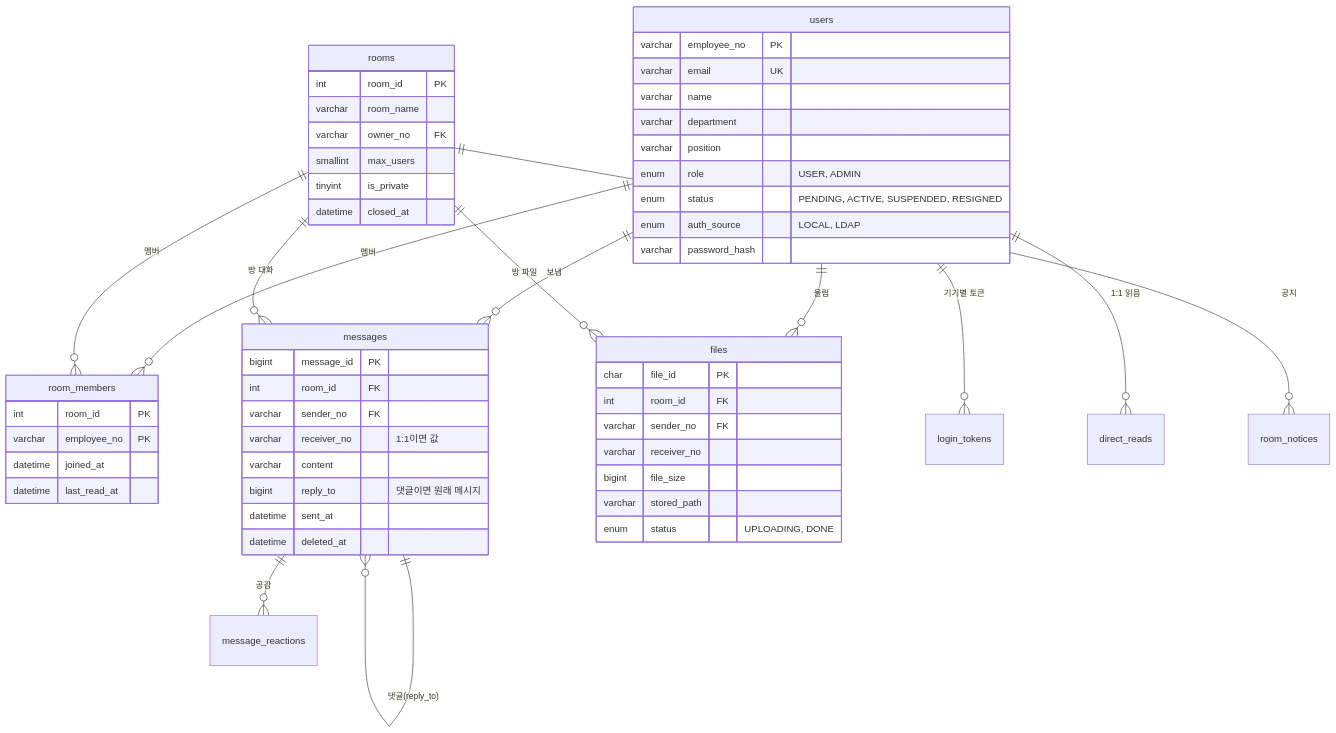
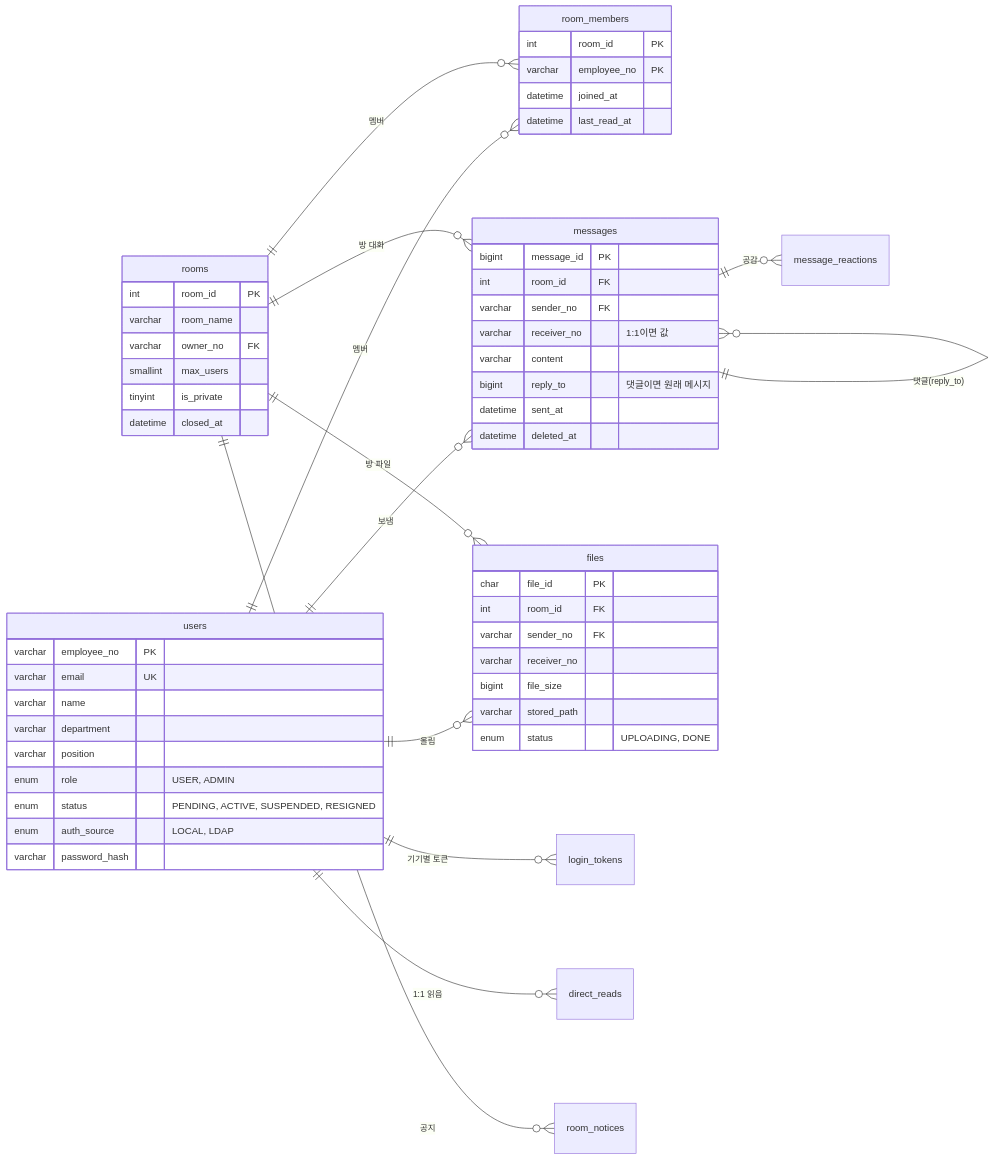
The seventh of 7 diagrams in docs/ARCHITECTURE.md (mycom0216/TalkProgram), drawn with Mermaid before and after one commit. The commit also changed other lines of this file and 2 other files, not shown here.

First line of the commit message:
아키텍처 문서·서버 운영 가이드 PDF 추가, 구조도 정리

````diff
--- a/docs/ARCHITECTURE.md
+++ b/docs/ARCHITECTURE.md
@@ -265,59 +264,60 @@
 ```mermaid
 erDiagram
+    direction LR
     users ||--o{ room_members : "멤버"
     users ||--o{ messages : "보냄"
     users ||--o{ files : "올림"
     users ||--o{ login_tokens : "기기별 토큰"
     users ||--o{ direct_reads : "1:1 읽음"
     rooms ||--o{ room_members : "멤버"
     rooms ||--o{ messages : "방 대화"
     rooms ||--o{ files : "방 파일"
     rooms ||--o{ room_notices : "공지"
     messages ||--o{ message_reactions : "공감"
     messages ||--o{ messages : "댓글(reply_to)"
 
     users {
         varchar employee_no PK
         varchar email UK
         varchar name
         varchar department
         varchar position
         enum role "USER, ADMIN"
         enum status "PENDING, ACTIVE, SUSPENDED, RESIGNED"
         enum auth_source "LOCAL, LDAP"
         varchar password_hash
     }
     rooms {
         int room_id PK
         varchar room_name
         varchar owner_no FK
         smallint max_users
         tinyint is_private
         datetime closed_at
     }
     room_members {
         int room_id PK
         varchar employee_no PK
         datetime joined_at
         datetime last_read_at
     }
     messages {
         bigint message_id PK
         int room_id FK
         varchar sender_no FK
         varchar receiver_no "1:1이면 값"
         varchar content
         bigint reply_to "댓글이면 원래 메시지"
         datetime sent_at
         datetime deleted_at
     }
     files {
         char file_id PK
         int room_id FK
         varchar sender_no FK
         varchar receiver_no
         bigint file_size
         varchar stored_path
         enum status "UPLOADING, DONE"
     }
 ```
````
